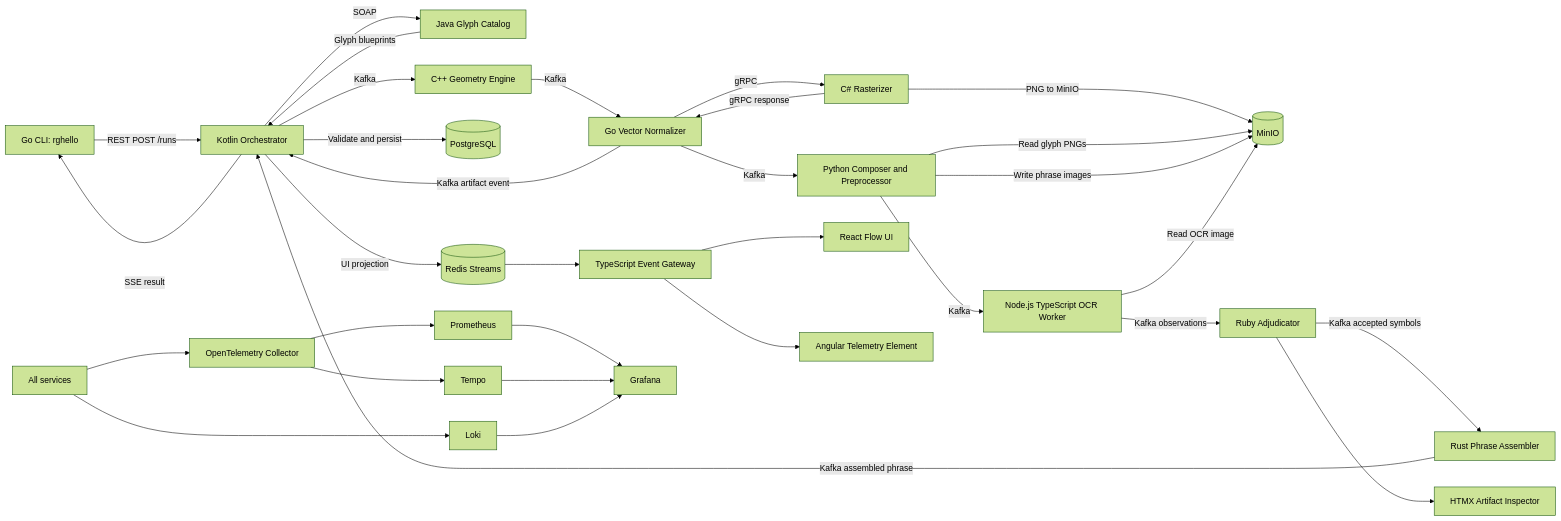
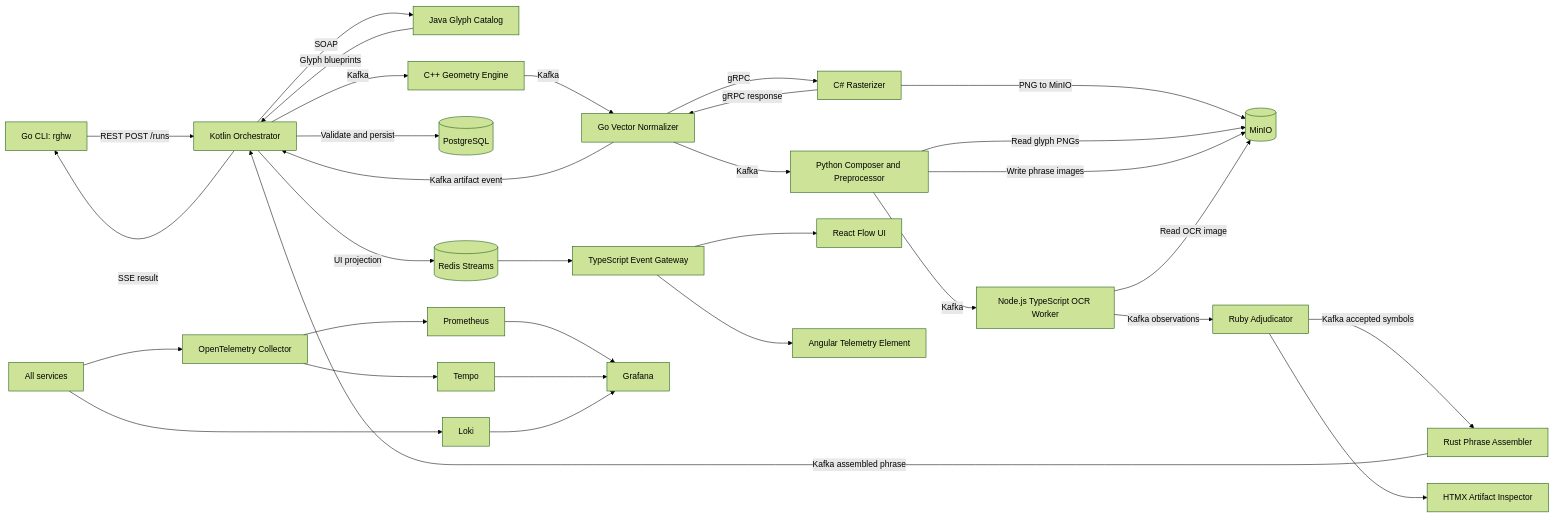
The first of 2 diagrams in docs/architecture.md (HyperVon/rg-helloworld), drawn with Mermaid (forest theme) before and after one commit. The commit also changed other lines of this file and 15 other files, not shown here.

````diff
--- a/docs/architecture.md
+++ b/docs/architecture.md
@@ -223,42 +223,42 @@
 ```mermaid
 flowchart LR
-    CLI[Go CLI: rghello] -->|REST POST /runs| ORCH[Kotlin Orchestrator]
+    CLI[Go CLI: rghw] -->|REST POST /runs| ORCH[Kotlin Orchestrator]
 
     ORCH -->|SOAP| CATALOG[Java Glyph Catalog]
     CATALOG -->|Glyph blueprints| ORCH
 
     ORCH -->|Kafka| CPP[C++ Geometry Engine]
     CPP -->|Kafka| NORM[Go Vector Normalizer]
     NORM -->|gRPC| DOTNET[C# Rasterizer]
     NORM -->|Kafka artifact event| ORCH
 
     DOTNET -->|PNG to MinIO| MINIO[(MinIO)]
     DOTNET -->|gRPC response| NORM
     NORM -->|Kafka| PY[Python Composer and Preprocessor]
 
     PY -->|Read glyph PNGs| MINIO
     PY -->|Write phrase images| MINIO
     PY -->|Kafka| OCR[Node.js TypeScript OCR Worker]
 
     OCR -->|Read OCR image| MINIO
     OCR -->|Kafka observations| RUBY[Ruby Adjudicator]
     RUBY -->|Kafka accepted symbols| RUST[Rust Phrase Assembler]
     RUST -->|Kafka assembled phrase| ORCH
 
     ORCH -->|Validate and persist| PG[(PostgreSQL)]
     ORCH -->|UI projection| REDIS[(Redis Streams)]
     ORCH -->|SSE result| CLI
 
     REDIS --> GATEWAY[TypeScript Event Gateway]
     GATEWAY --> REACT[React Flow UI]
     GATEWAY --> ANGULAR[Angular Telemetry Element]
     RUBY --> HTMX[HTMX Artifact Inspector]
 
     SERVICES[All services] --> OTEL[OpenTelemetry Collector]
     OTEL --> PROM[Prometheus]
     OTEL --> TEMPO[Tempo]
     SERVICES --> LOKI[Loki]
     PROM --> GRAFANA[Grafana]
     TEMPO --> GRAFANA
     LOKI --> GRAFANA
 ```
````
